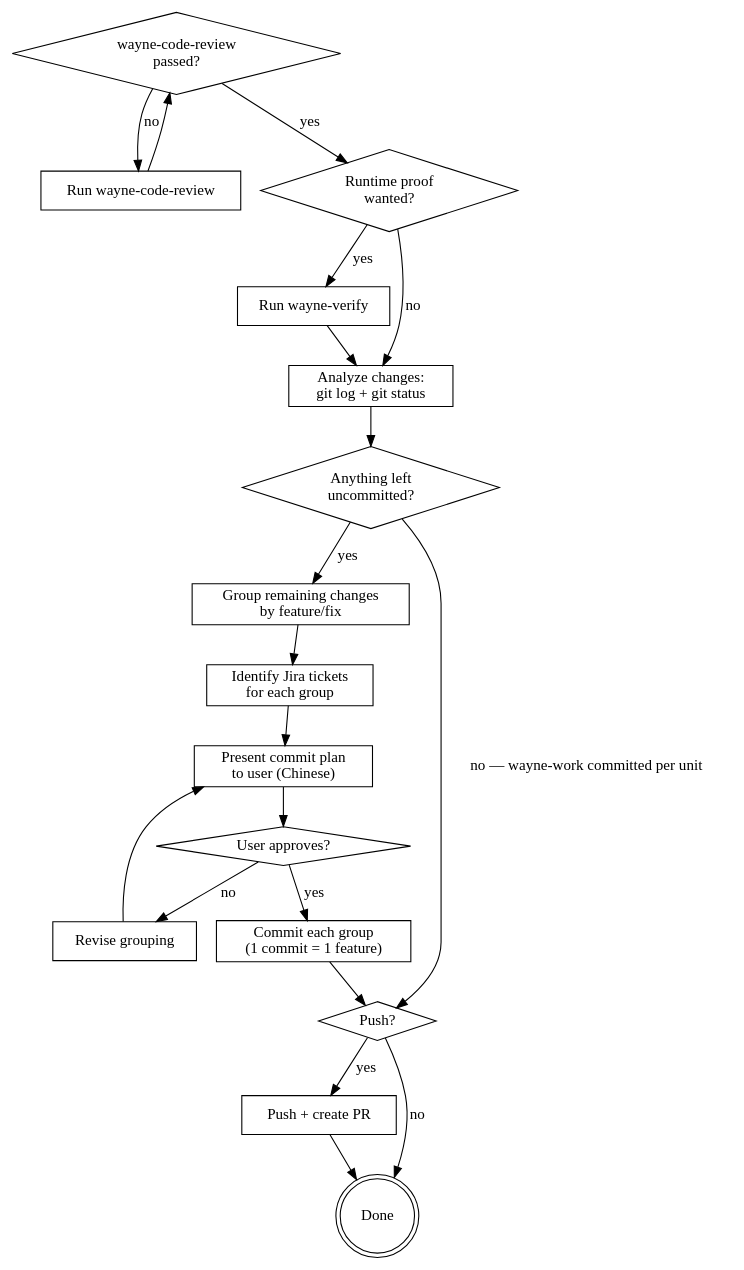
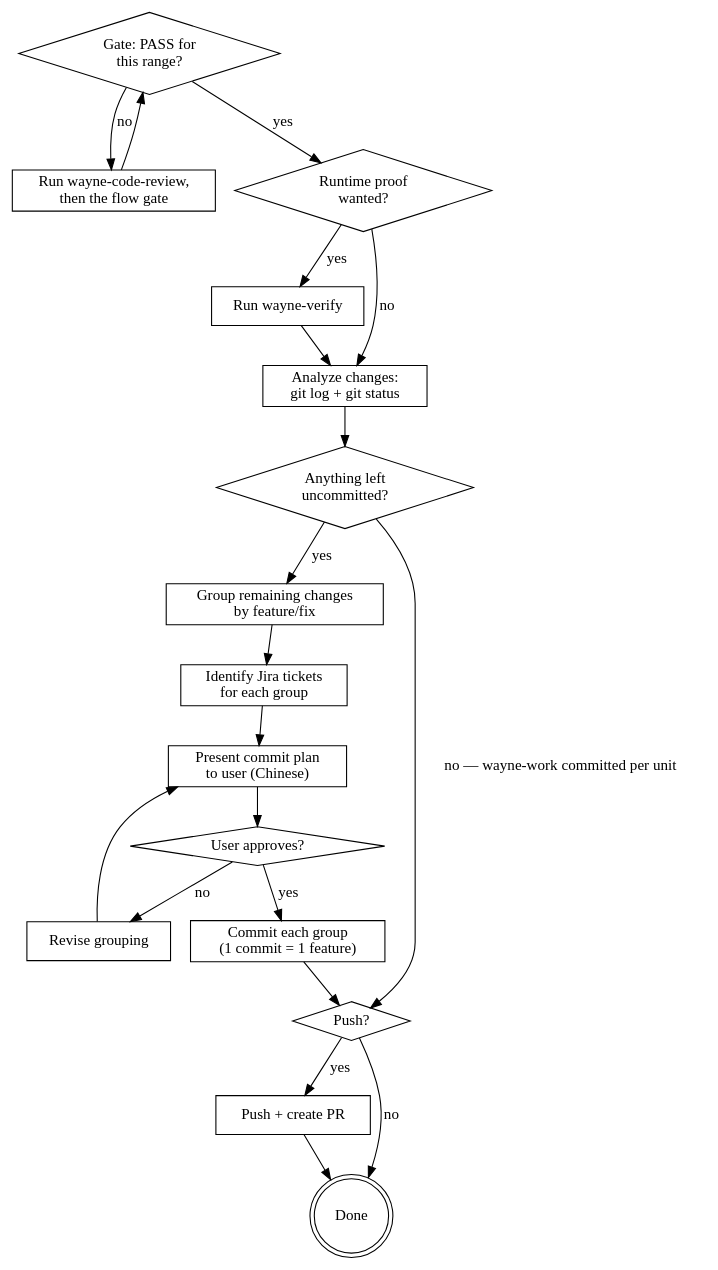
One commit to waynejing995/wayne-taste changed the diagram in wayne-ship/SKILL.md. Above: the diagram before and after it, drawn with Graphviz. The commit also changed other lines of this file, not shown here.

````diff
--- a/wayne-ship/SKILL.md
+++ b/wayne-ship/SKILL.md
@@ -33,41 +33,41 @@
 ```dot
 digraph ship {
     rankdir=TB;
 
-    "wayne-code-review\npassed?" [shape=diamond];
-    "Run wayne-code-review" [shape=box];
+    "Gate: PASS for\nthis range?" [shape=diamond];
+    "Run wayne-code-review,\nthen the flow gate" [shape=box];
     "Runtime proof\nwanted?" [shape=diamond];
     "Run wayne-verify" [shape=box];
     "Analyze changes:\ngit log + git status" [shape=box];
     "Anything left\nuncommitted?" [shape=diamond];
     "Group remaining changes\nby feature/fix" [shape=box];
     "Identify Jira tickets\nfor each group" [shape=box];
     "Present commit plan\nto user (Chinese)" [shape=box];
     "User approves?" [shape=diamond];
     "Revise grouping" [shape=box];
     "Commit each group\n(1 commit = 1 feature)" [shape=box];
     "Push?" [shape=diamond];
     "Push + create PR" [shape=box];
     "Done" [shape=doublecircle];
 
-    "wayne-code-review\npassed?" -> "Run wayne-code-review" [label="no"];
-    "wayne-code-review\npassed?" -> "Runtime proof\nwanted?" [label="yes"];
-    "Run wayne-code-review" -> "wayne-code-review\npassed?";
+    "Gate: PASS for\nthis range?" -> "Run wayne-code-review,\nthen the flow gate" [label="no"];
+    "Gate: PASS for\nthis range?" -> "Runtime proof\nwanted?" [label="yes"];
+    "Run wayne-code-review,\nthen the flow gate" -> "Gate: PASS for\nthis range?";
     "Runtime proof\nwanted?" -> "Run wayne-verify" [label="yes"];
     "Runtime proof\nwanted?" -> "Analyze changes:\ngit log + git status" [label="no"];
     "Run wayne-verify" -> "Analyze changes:\ngit log + git status";
     "Analyze changes:\ngit log + git status" -> "Anything left\nuncommitted?";
     "Anything left\nuncommitted?" -> "Push?" [label="no — wayne-work committed per unit"];
     "Anything left\nuncommitted?" -> "Group remaining changes\nby feature/fix" [label="yes"];
     "Group remaining changes\nby feature/fix" -> "Identify Jira tickets\nfor each group";
     "Identify Jira tickets\nfor each group" -> "Present commit plan\nto user (Chinese)";
     "Present commit plan\nto user (Chinese)" -> "User approves?";
     "User approves?" -> "Commit each group\n(1 commit = 1 feature)" [label="yes"];
     "User approves?" -> "Revise grouping" [label="no"];
     "Revise grouping" -> "Present commit plan\nto user (Chinese)";
     "Commit each group\n(1 commit = 1 feature)" -> "Push?";
     "Push?" -> "Push + create PR" [label="yes"];
     "Push?" -> "Done" [label="no"];
     "Push + create PR" -> "Done";
 }
 ```
````
